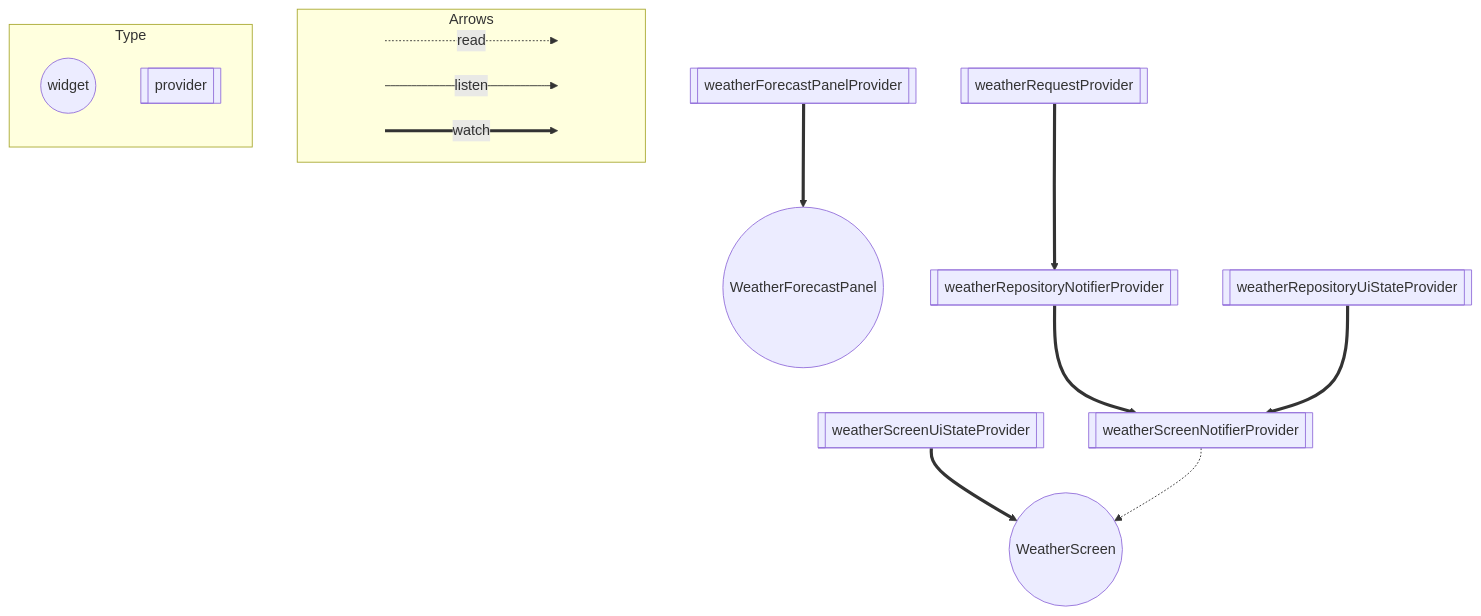
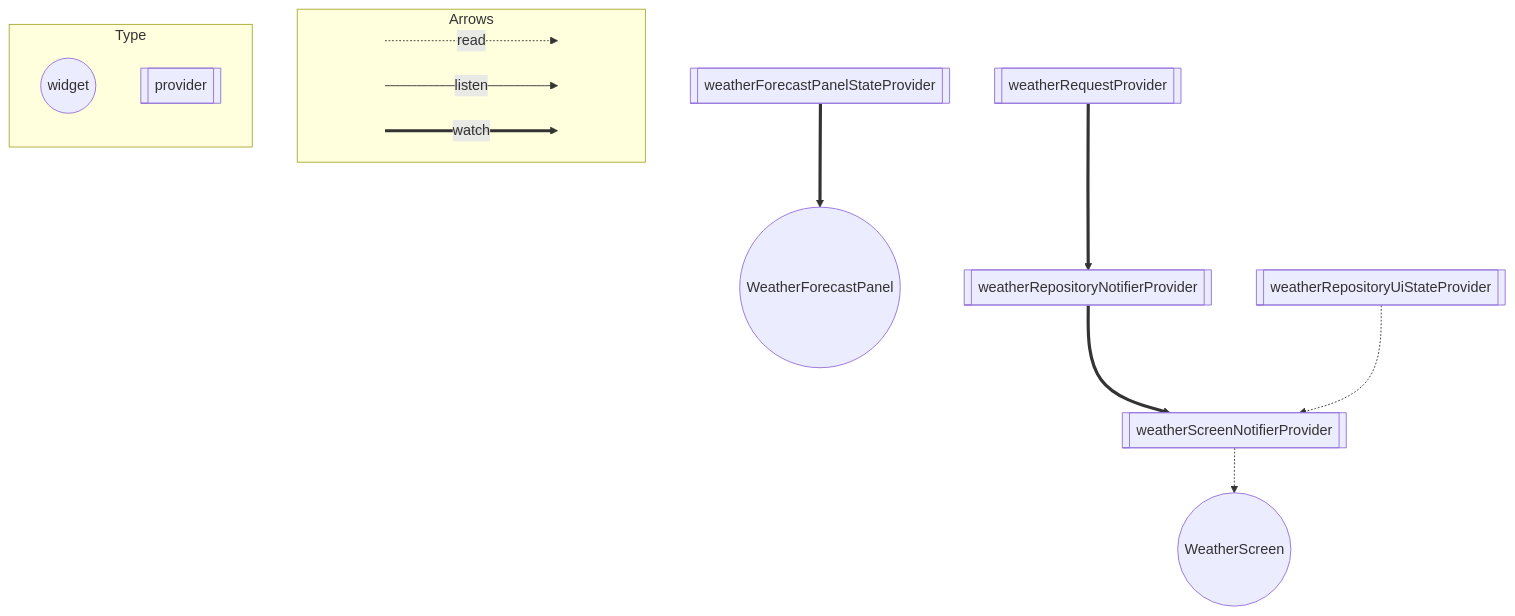
The diagram in ARCHITECTURE.md (iseruuuuu/flutter_yumemi_training_app), drawn with Mermaid before and after one commit. The commit also changed other lines of this file, not shown here.

Commit message:
add: add ARCHITECTURE.md

````diff
--- a/ARCHITECTURE.md
+++ b/ARCHITECTURE.md
@@ -41,36 +3,34 @@
 ```mermaid
 flowchart TB
   subgraph Arrows
     direction LR
     start1[ ] -..->|read| stop1[ ]
     style start1 height:0px;
     style stop1 height:0px;
     start2[ ] --->|listen| stop2[ ]
     style start2 height:0px;
     style stop2 height:0px; 
     start3[ ] ===>|watch| stop3[ ]
     style start3 height:0px;
     style stop3 height:0px; 
   end
 
   subgraph Type
     direction TB
     ConsumerWidget((widget));
     Provider[[provider]];
   end
   WeatherForecastPanel((WeatherForecastPanel));
-  weatherForecastPanelProvider ==> WeatherForecastPanel;
+  weatherForecastPanelStateProvider ==> WeatherForecastPanel;
   WeatherScreen((WeatherScreen));
-  weatherScreenUiStateProvider ==> WeatherScreen;
   weatherScreenNotifierProvider -.-> WeatherScreen;
-  weatherForecastPanelProvider[[weatherForecastPanelProvider]];
+  weatherForecastPanelStateProvider[[weatherForecastPanelStateProvider]];
   weatherRepositoryNotifierProvider[[weatherRepositoryNotifierProvider]];
   weatherRequestProvider ==> weatherRepositoryNotifierProvider;
   weatherRequestProvider[[weatherRequestProvider]];
   weatherScreenNotifierProvider[[weatherScreenNotifierProvider]];
   weatherRepositoryNotifierProvider ==> weatherScreenNotifierProvider;
-  weatherRepositoryUiStateProvider ==> weatherScreenNotifierProvider;
+  weatherRepositoryUiStateProvider -.-> weatherScreenNotifierProvider;
   weatherRepositoryUiStateProvider[[weatherRepositoryUiStateProvider]];
-  weatherScreenUiStateProvider[[weatherScreenUiStateProvider]];
 
 ```
````
